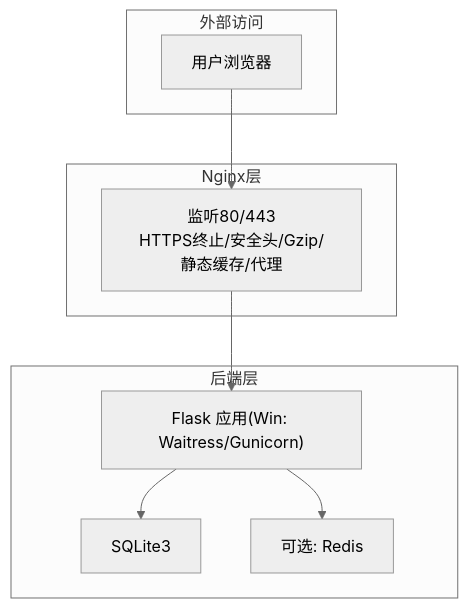
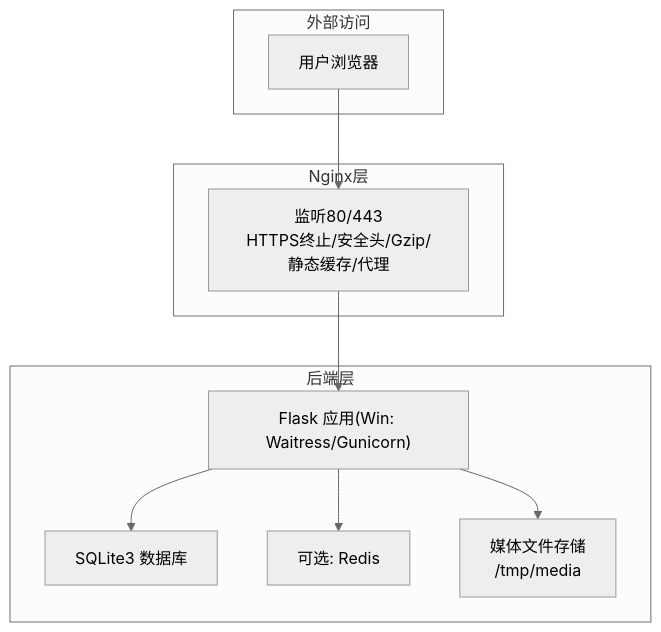
The second of 7 diagrams in .qoder/repowiki/zh/content/部署配置/Nginx反向代理配置.md (wyg5208/website_diy), drawn with Mermaid (neutral theme) before and after one commit. The commit also changed other lines of this file and 17 other files, not shown here.

````diff
--- a/.qoder/repowiki/zh/content/部署配置/Nginx反向代理配置.md
+++ b/.qoder/repowiki/zh/content/部署配置/Nginx反向代理配置.md
@@ -69,18 +91,20 @@
 ```mermaid
 graph TB
 subgraph "外部访问"
 U["用户浏览器"]
 end
 subgraph "Nginx层"
 N["监听80/443<br/>HTTPS终止/安全头/Gzip/静态缓存/代理"]
 end
 subgraph "后端层"
 F["Flask 应用(Win: Waitress/Gunicorn)"]
-S["SQLite3"]
+S["SQLite3 数据库"]
 R["可选: Redis"]
+M["媒体文件存储<br/>/tmp/media"]
 end
 U --> N
 N --> F
+F --> M
 F --> S
 F --> R
 ```
````
